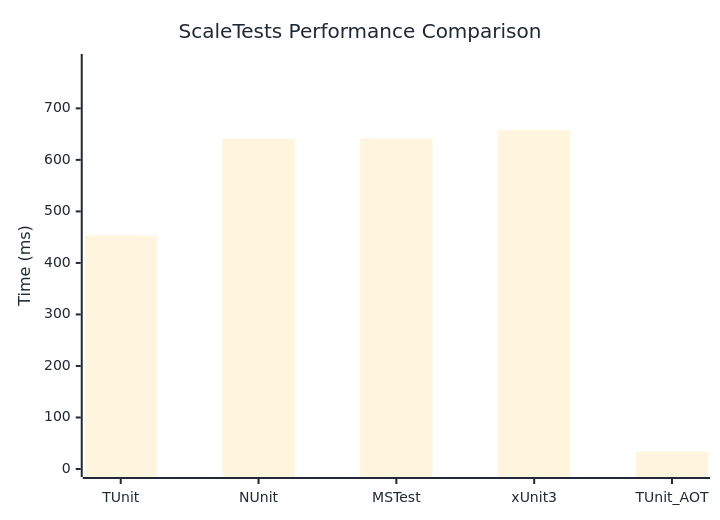
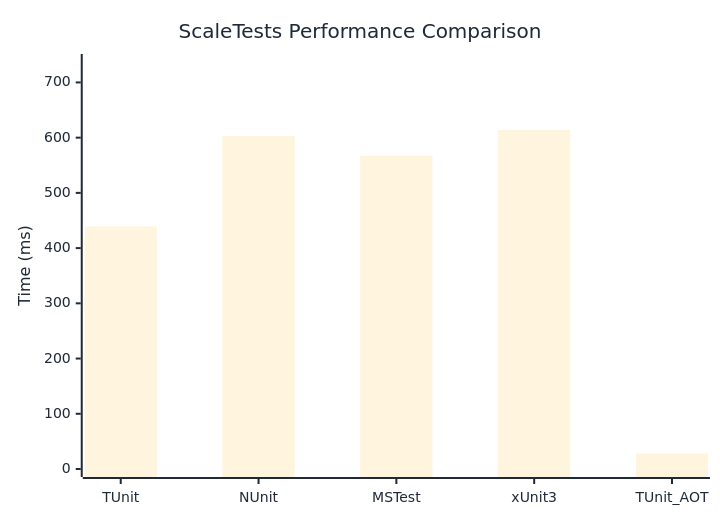
One commit to thomhurst/TUnit changed the diagram in docs/docs/benchmarks/ScaleTests.md. Above: the diagram before and after it, drawn with Mermaid. The commit also changed other lines of this file and 17 other files, not shown here.

````diff
--- a/docs/docs/benchmarks/ScaleTests.md
+++ b/docs/docs/benchmarks/ScaleTests.md
@@ -27,37 +27,37 @@
 ```mermaid
 %%{init: {
   'theme':'base',
   'themeVariables': {
     'primaryColor': '#2563eb',
     'primaryTextColor': '#1f2937',
     'primaryBorderColor': '#1e40af',
     'lineColor': '#6b7280',
     'secondaryColor': '#7c3aed',
     'tertiaryColor': '#dc2626',
     'background': '#ffffff',
     'mainBkg': '#2563eb',
     'secondBkg': '#7c3aed',
     'tertiaryBkg': '#dc2626',
     'clusterBkg': '#f3f4f6',
     'edgeLabelBackground': '#ffffff',
     'tertiaryTextColor': '#1f2937',
     'pie1': '#2563eb',
     'pie2': '#7c3aed',
     'pie3': '#dc2626',
     'pie4': '#f59e0b',
     'pie5': '#10b981',
     'pie6': '#06b6d4',
     'pie7': '#ec4899',
     'pie8': '#6366f1',
     'pie9': '#84cc16',
     'pie10': '#f97316',
     'pie11': '#14b8a6',
     'pie12': '#a855f7'
   }
 }}%%
 xychart-beta
   title "ScaleTests Performance Comparison"
   x-axis ["TUnit", "NUnit", "MSTest", "xUnit3", "TUnit_AOT"]
-  y-axis "Time (ms)" 0 --> 790
-  bar [453.25, 641.24, 641.54, 657.83, 33.9]
+  y-axis "Time (ms)" 0 --> 737
+  bar [439.23, 602.81, 567.28, 613.76, 27.81]
 ```
````
